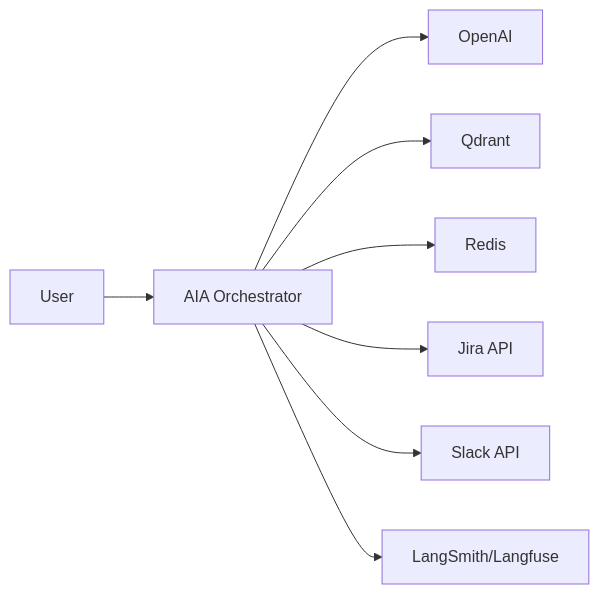
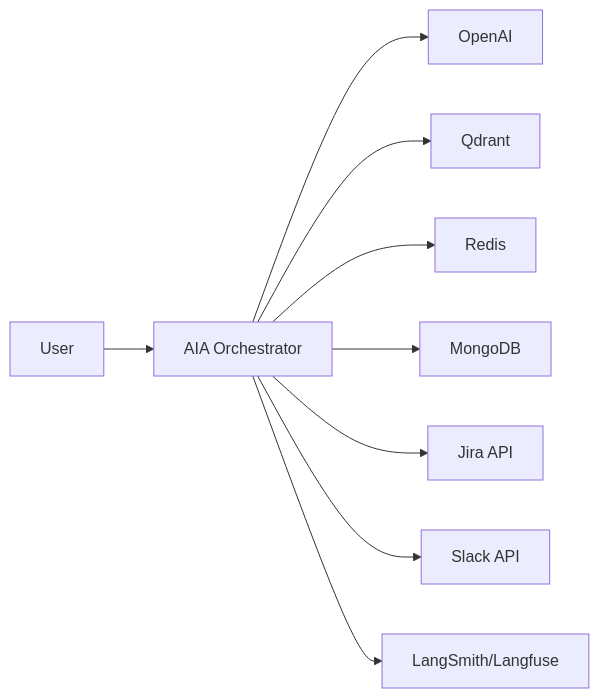
Before and after one commit to thanhit08/aiagt-aia: the first of 6 diagrams in docs/diagram.md, drawn with Mermaid. The commit also changed other lines of this file and 12 other files, not shown here.

````diff
--- a/docs/diagram.md
+++ b/docs/diagram.md
@@ -8,10 +8,11 @@
 ```mermaid
 flowchart LR
     User[User] --> AIA[AIA Orchestrator]
     AIA --> OpenAI[OpenAI]
     AIA --> Qdrant[Qdrant]
     AIA --> Redis[Redis]
+    AIA --> Mongo[MongoDB]
     AIA --> Jira[Jira API]
     AIA --> Slack[Slack API]
     AIA --> Obs[LangSmith/Langfuse]
 ```
````
